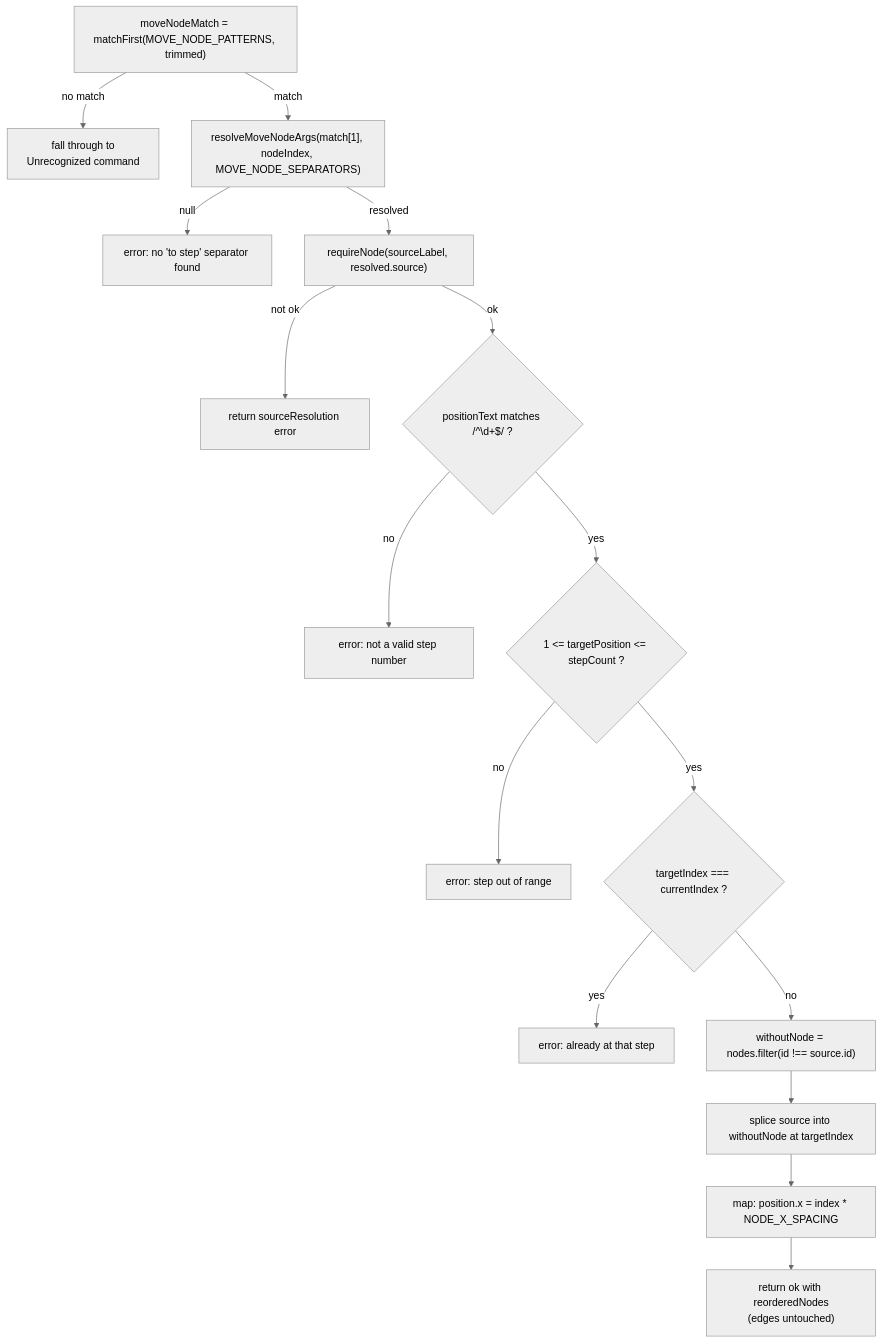
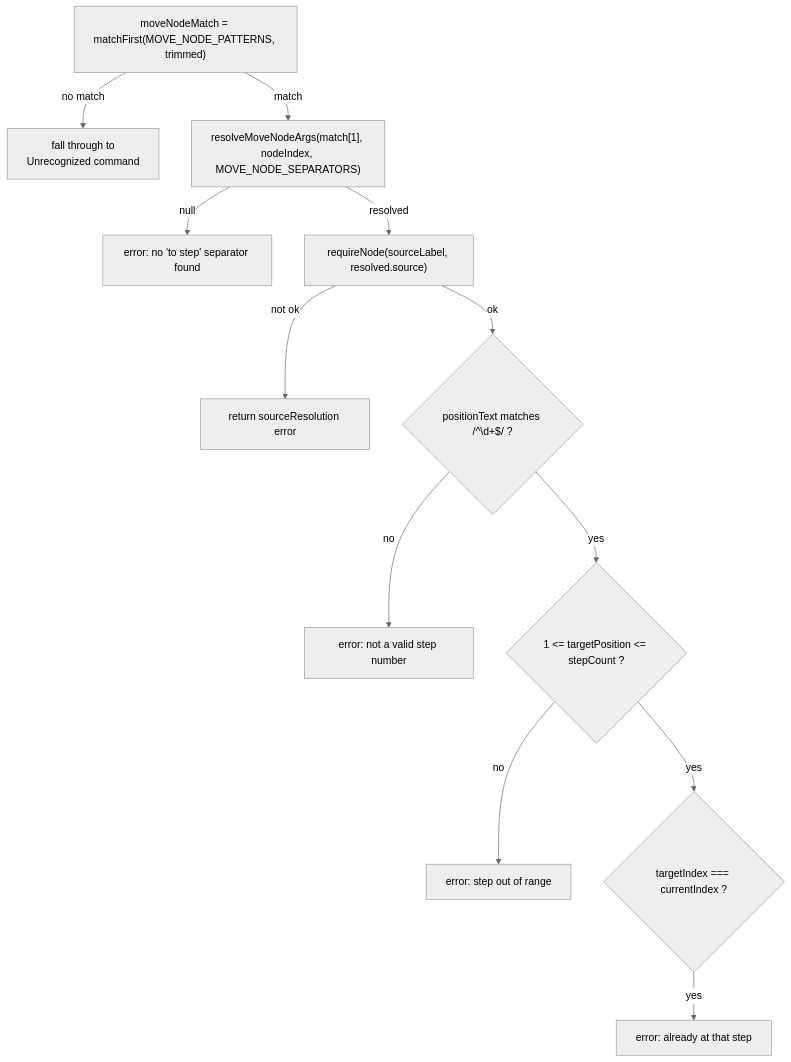
Before and after one commit to jgyy/architect-model: the first of 2 diagrams in docs/categories/move-node-to-step.md, drawn with Mermaid (neutral theme). The commit also changed other lines of this file and 31 other files, not shown here.

Commit message:
docs: split mermaids into 2 for easier viewing (#52)

````diff
--- a/docs/categories/move-node-to-step.md
+++ b/docs/categories/move-node-to-step.md
@@ -7,18 +9,14 @@
 ```mermaid
 flowchart TD
     A["moveNodeMatch = matchFirst(MOVE_NODE_PATTERNS, trimmed)"] -->|no match| Z["fall through to\nUnrecognized command"]
     A -->|match| B["resolveMoveNodeArgs(match[1], nodeIndex, MOVE_NODE_SEPARATORS)"]
     B -->|null| C["error: no 'to step' separator found"]
     B -->|resolved| D["requireNode(sourceLabel, resolved.source)"]
     D -->|not ok| E["return sourceResolution error"]
     D -->|ok| F{"positionText matches /^\d+$/ ?"}
     F -->|no| G["error: not a valid step number"]
     F -->|yes| H{"1 <= targetPosition <= stepCount ?"}
     H -->|no| I["error: step out of range"]
     H -->|yes| J{"targetIndex === currentIndex ?"}
     J -->|yes| K["error: already at that step"]
-    J -->|no| L["withoutNode = nodes.filter(id !== source.id)"]
-    L --> M["splice source into withoutNode at targetIndex"]
-    M --> N["map: position.x = index * NODE_X_SPACING"]
-    N --> O["return ok with reorderedNodes\n(edges untouched)"]
 ```
````
